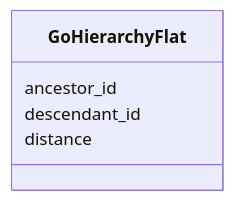
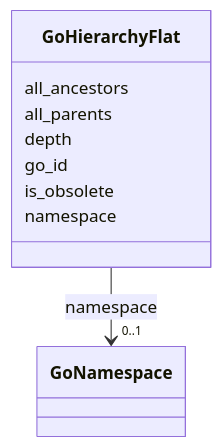
The diagram in docs/kbase/nmdc_core/GoHierarchyFlat.md (cmungall/bridge-schemas), drawn with Mermaid before and after one commit. The commit also changed other lines of this file and 1727 other files, not shown here.

````diff
--- a/docs/kbase/nmdc_core/GoHierarchyFlat.md
+++ b/docs/kbase/nmdc_core/GoHierarchyFlat.md
@@ -18,12 +22,27 @@
 ```mermaid
  classDiagram
     class GoHierarchyFlat
     click GoHierarchyFlat href "../GoHierarchyFlat/"
-      GoHierarchyFlat : ancestor_id
+      GoHierarchyFlat : all_ancestors
         
-      GoHierarchyFlat : descendant_id
+      GoHierarchyFlat : all_parents
         
-      GoHierarchyFlat : distance
+      GoHierarchyFlat : depth
+        
+      GoHierarchyFlat : go_id
+        
+      GoHierarchyFlat : is_obsolete
+        
+      GoHierarchyFlat : namespace
+        
+          
+    
+        
+        
+        GoHierarchyFlat --> "0..1" GoNamespace : namespace
+        click GoNamespace href "../GoNamespace/"
+    
+
         
       
 ```
````
